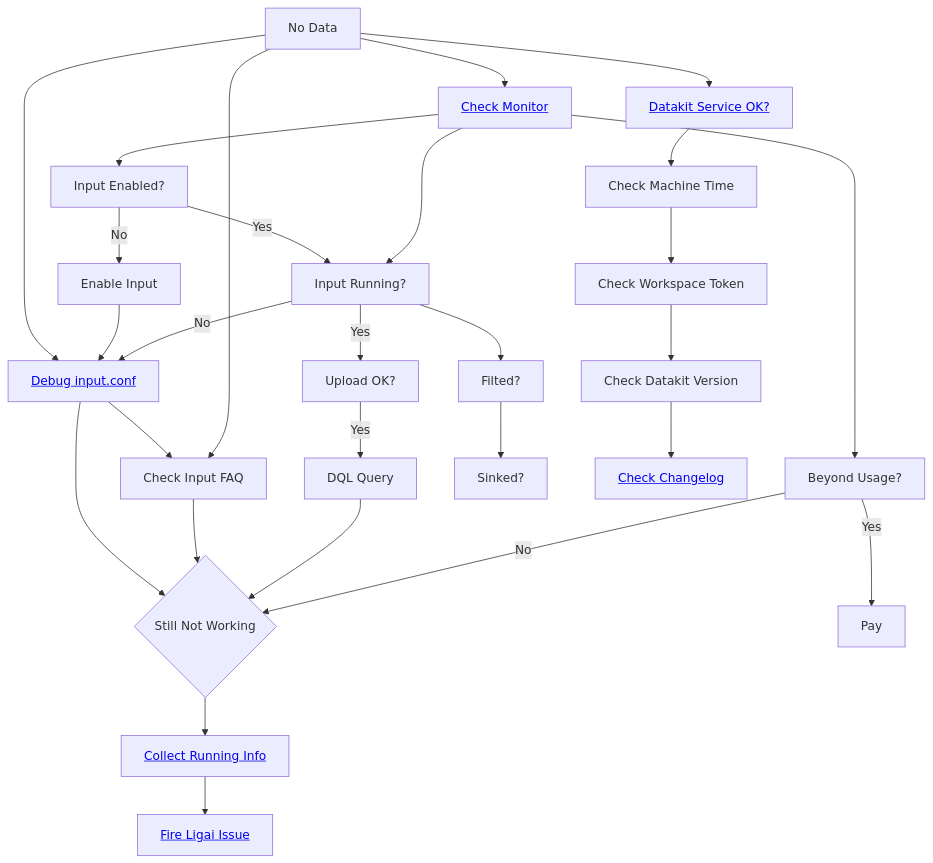
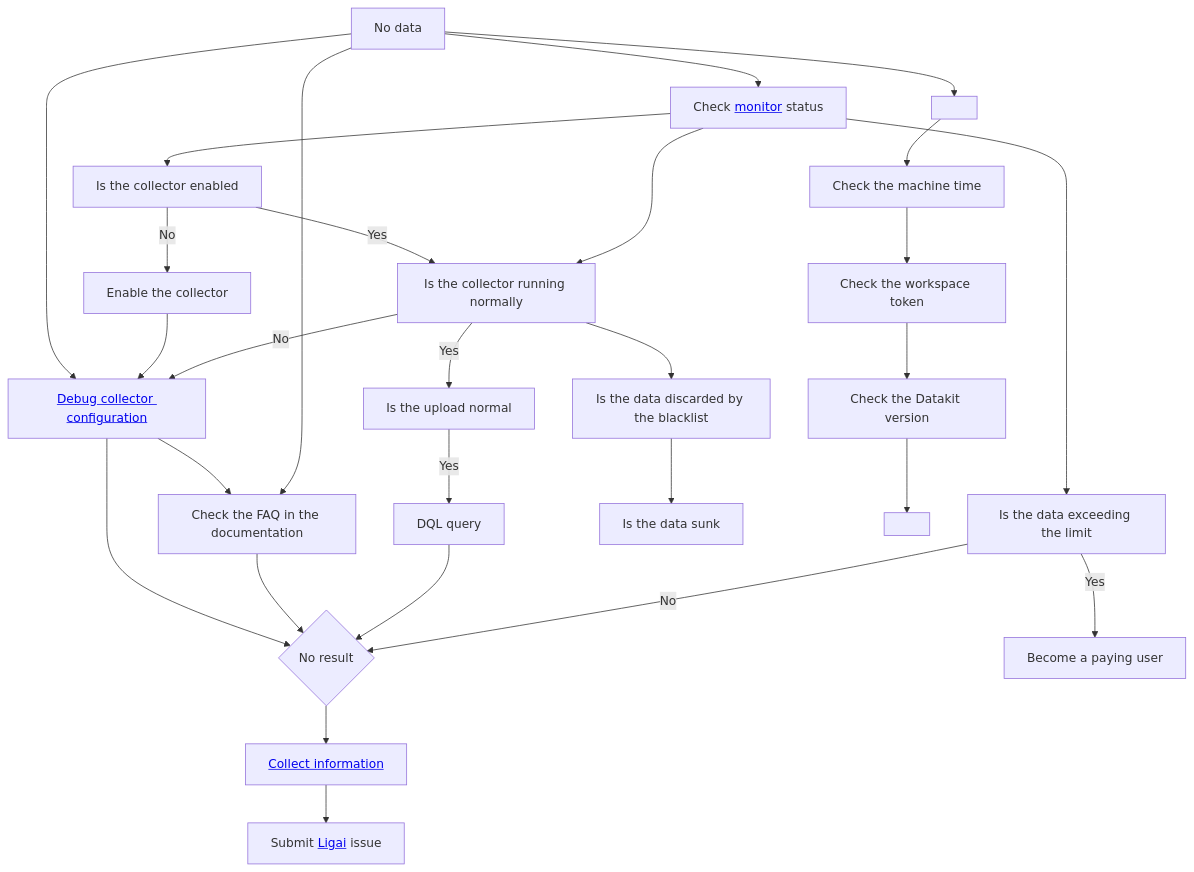
Before and after one commit to GuanceCloud/guance-docs: the diagram in docs/en/datakit/why-no-data.md, drawn with Mermaid. The commit also changed other lines of this file and 1675 other files, not shown here.

````diff
--- a/docs/en/datakit/why-no-data.md
+++ b/docs/en/datakit/why-no-data.md
@@ -10,50 +571,50 @@
 ``` mermaid
 graph TD
   %% node definitions
-  no_data[No Data];
-  debug_fail{Still Not Working};
-  monitor[<a href='https://docs.guance.com/datakit/datakit-monitor/'>Check Monitor</a>];
-  debug_input[<a href='https://docs.guance.com/datakit/why-no-data/#check-input-conf'>Debug input.conf</a>];
-  read_faq[Check Input FAQ];
-  dql[DQL Query];
-  beyond_usage[Beyond Usage?];
-  pay[Pay];
-  filtered[Filted?];
-  sinked[Sinked?];
-  check_time[Check Machine Time];
-  check_token[Check Workspace Token];
-  check_version[Check Datakit Version];
-  dk_service_ok[<a href='https://docs.guance.com/datakit/datakit-service-how-to/'>Datakit Service OK?</a>];
-  check_changelog[<a href='https://docs.guance.com/datakit/changelog'>Check Changelog</a>];
-  is_input_ok[Input Running?];
-  is_input_enabled[Input Enabled?];
-  enable_input[Enable Input];
-  dataway_upload_ok[Upload OK?];
-  ligai[<a href='https://ligai.cn/'>Fire Ligai Issue</a>];
+  no_data[No data];
+  debug_fail{No result};
+  monitor[Check <a href='https://docs.guance.com/datakit/datakit-monitor/'>monitor</a>  status];
+  debug_input[<a href='https://docs.guance.com/datakit/why-no-data/#check-input-conf'>Debug collector configuration</a>];
+  read_faq[Check the FAQ in the documentation];
+  dql[DQL query];
+  beyond_usage[Is the data exceeding the limit];
+  pay[Become a paying user];
+  filtered[Is the data discarded by the blacklist];
+  sinked[Is the data sunk];
+  check_time[Check the machine time];
+  check_token[Check the workspace token];
+  check_version[Check the Datakit version];
+  dk_service_ok[<a href='https://docs.guance.com/datakit/datakit-service-how-to/&#39;&gt;Is the Datakit service running normally</a>];
+  check_changelog[<a href='https://docs.guance.com/datakit/changelog&#39;&gt;Check if the issue has been fixed in the changelog</a>];
+  is_input_ok[Is the collector running normally];
+  is_input_enabled[Is the collector enabled];
+  enable_input[Enable the collector];
+  dataway_upload_ok[Is the upload normal];
+  ligai[Submit <a href='https://ligai.cn/'>Ligai</a>  issue];
 
   no_data --> dk_service_ok --> check_time --> check_token --> check_version --> check_changelog;
 
   no_data --> monitor;
   no_data --> debug_input --> debug_fail;
   debug_input --> read_faq;
   no_data --> read_faq --> debug_fail;
   dql --> debug_fail;
 
   monitor --> beyond_usage -->|No| debug_fail;
   beyond_usage -->|Yes| pay;
 
   monitor --> is_input_enabled;
 
   is_input_enabled -->|Yes| is_input_ok;
   is_input_enabled -->|No| enable_input --> debug_input;
 
   monitor --> is_input_ok -->|No| debug_input;
 
   is_input_ok -->|Yes| dataway_upload_ok -->|Yes| dql;
   is_input_ok --> filtered --> sinked;
 
-  trouble_shooting[<a href='https://docs.guance.com/datakit/why-no-data/#bug-report'>Collect Running Info</a>];
+  trouble_shooting[<a href='https://docs.guance.com/datakit/why-no-data/#bug-report'>Collect information</a>];
 
   debug_fail --> trouble_shooting;
   trouble_shooting --> ligai;
 ```
````
